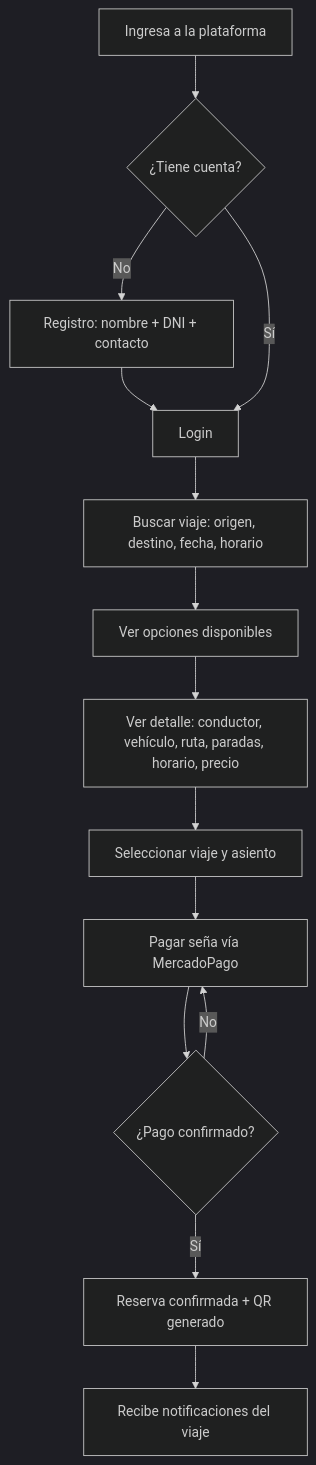
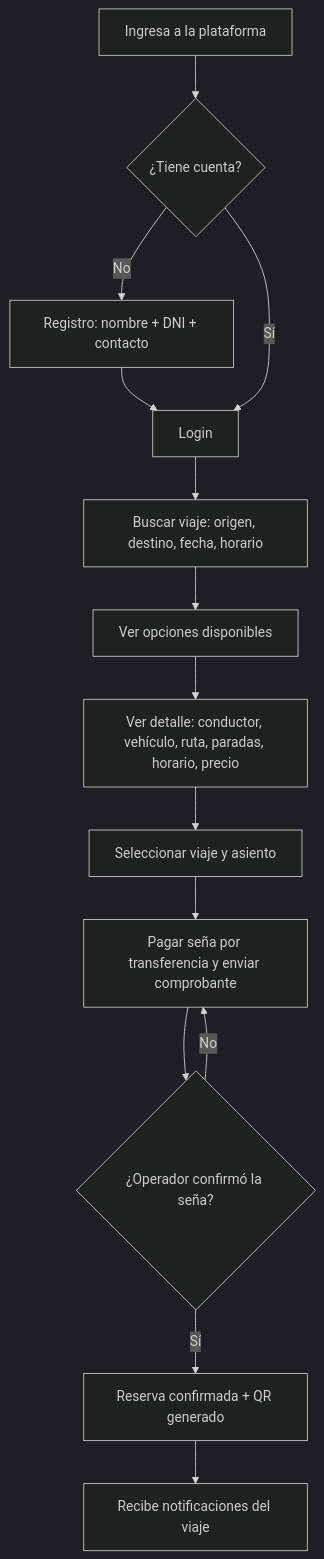
The second of 5 diagrams in docs/03-flujos-de-usuario.md (Estudio-Nomade/tubi), drawn with Mermaid (dark theme) before and after one commit. The commit also changed other lines of this file and 4 other files, not shown here.

Commit message:
docs: pago en efectivo/transferencia (sin MercadoPago) + registro de conductor

````diff
--- a/docs/03-flujos-de-usuario.md
+++ b/docs/03-flujos-de-usuario.md
@@ -35,16 +35,16 @@
 ```mermaid
 flowchart TD
     A["Ingresa a la plataforma"] --> B{"¿Tiene cuenta?"}
     B -- "No" --> C["Registro: nombre + DNI + contacto"]
     C --> D["Login"]
     B -- "Sí" --> D
     D --> E["Buscar viaje: origen, destino, fecha, horario"]
     E --> F["Ver opciones disponibles"]
     F --> G["Ver detalle: conductor, vehículo, ruta, paradas, horario, precio"]
     G --> H["Seleccionar viaje y asiento"]
-    H --> I["Pagar seña vía MercadoPago"]
-    I --> J{"¿Pago confirmado?"}
+    H --> I["Pagar seña por transferencia y enviar comprobante"]
+    I --> J{"¿Operador confirmó la seña?"}
     J -- "No" --> I
     J -- "Sí" --> K["Reserva confirmada + QR generado"]
     K --> L["Recibe notificaciones del viaje"]
 ```
````
